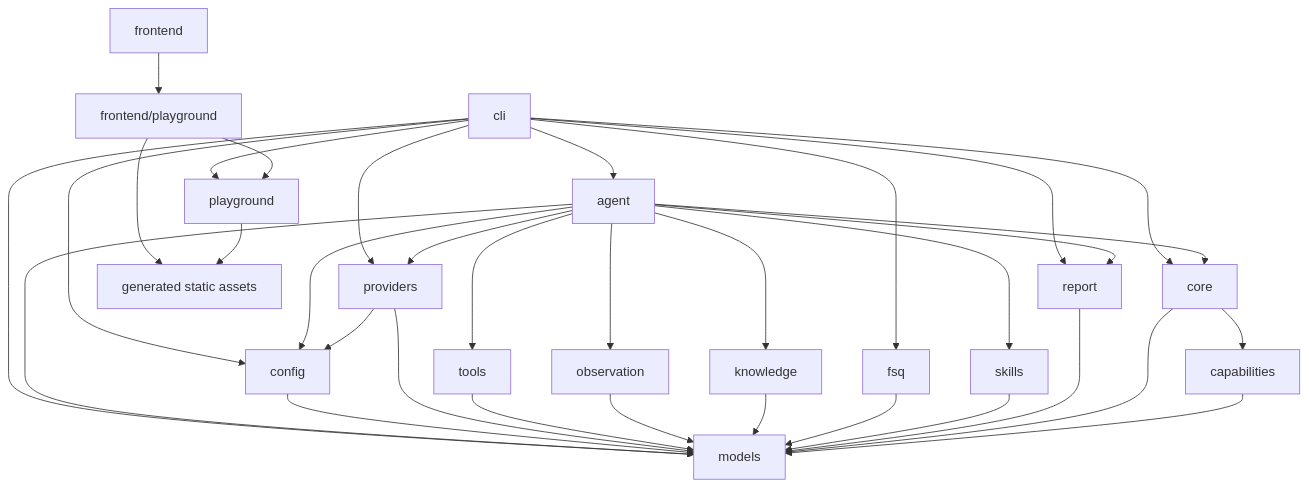
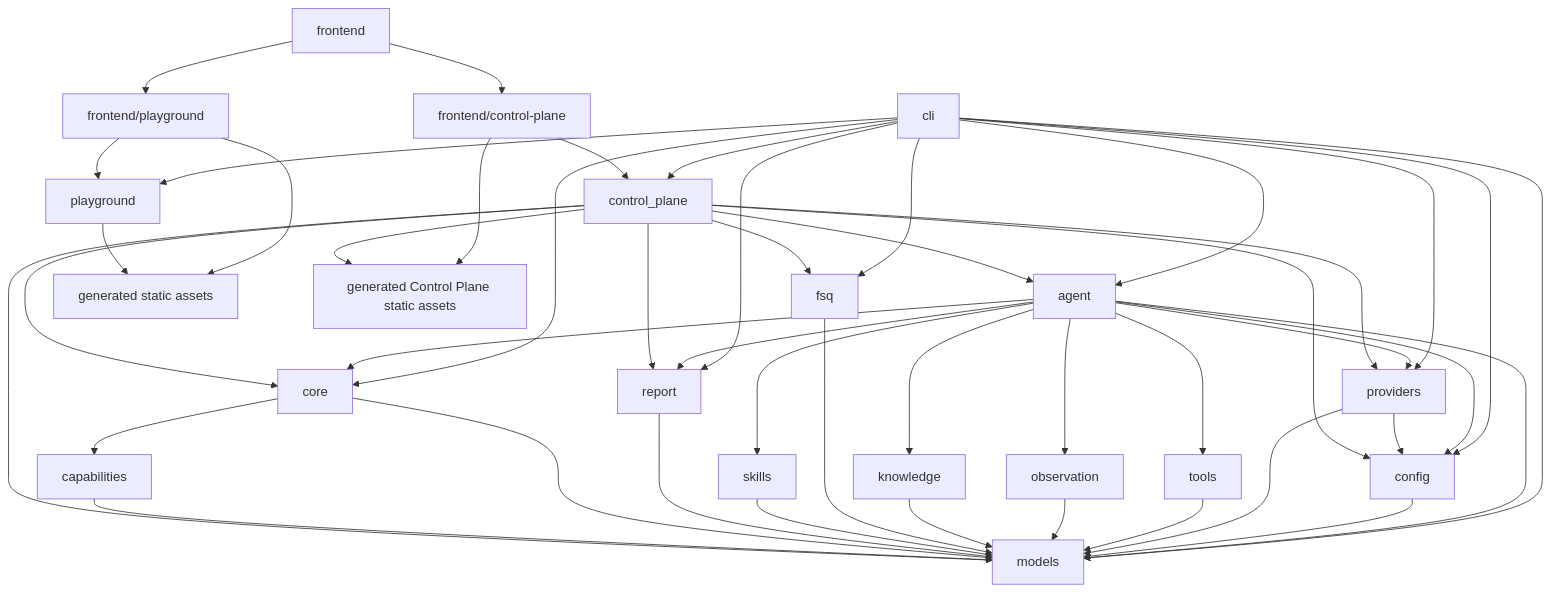
The diagram in SPEC.md (houlianpi/FSQ), drawn with Mermaid before and after one commit. The commit also changed other lines of this file and 58 other files, not shown here.

Commit message:
add control-plane device page

````diff
--- a/SPEC.md
+++ b/SPEC.md
@@ -141,36 +142,48 @@
 ```mermaid
 flowchart TD
     CLI[cli] --> Agent[agent]
     CLI --> Core[core]
     CLI --> FSQ[fsq]
     CLI --> Config[config]
     CLI --> Providers[providers]
     CLI --> Models[models]
     CLI --> Report[report]
     CLI --> Playground[playground]
+    CLI --> ControlPlane[control_plane]
     Agent --> Core[core]
     Agent --> Config[config]
     Agent --> Providers[providers]
     Agent --> Models[models]
     Agent --> Tools[tools]
     Agent --> Observation[observation]
     Agent --> Knowledge[knowledge]
     Agent --> Skills[skills]
     Agent --> Report[report]
     Config --> Models
     Providers --> Config
     Providers --> Models
     Tools --> Models
     Observation --> Models
     Knowledge --> Models
     FSQ --> Models
     Skills --> Models
     Report --> Models
     Core --> Models
     Capabilities[capabilities] --> Models
     Core --> Capabilities
+    ControlPlane --> Agent
+    ControlPlane --> Core
+    ControlPlane --> FSQ
+    ControlPlane --> Config
+    ControlPlane --> Providers
+    ControlPlane --> Models
+    ControlPlane --> Report
     Frontend[frontend] --> FrontendPlayground[frontend/playground]
+    Frontend --> FrontendControlPlane[frontend/control-plane]
     FrontendPlayground --> Playground
     FrontendPlayground --> StaticAssets[generated static assets]
     Playground --> StaticAssets
+    FrontendControlPlane --> ControlPlane
+    FrontendControlPlane --> ControlPlaneStatic[generated Control Plane static assets]
+    ControlPlane --> ControlPlaneStatic
 ```
````
